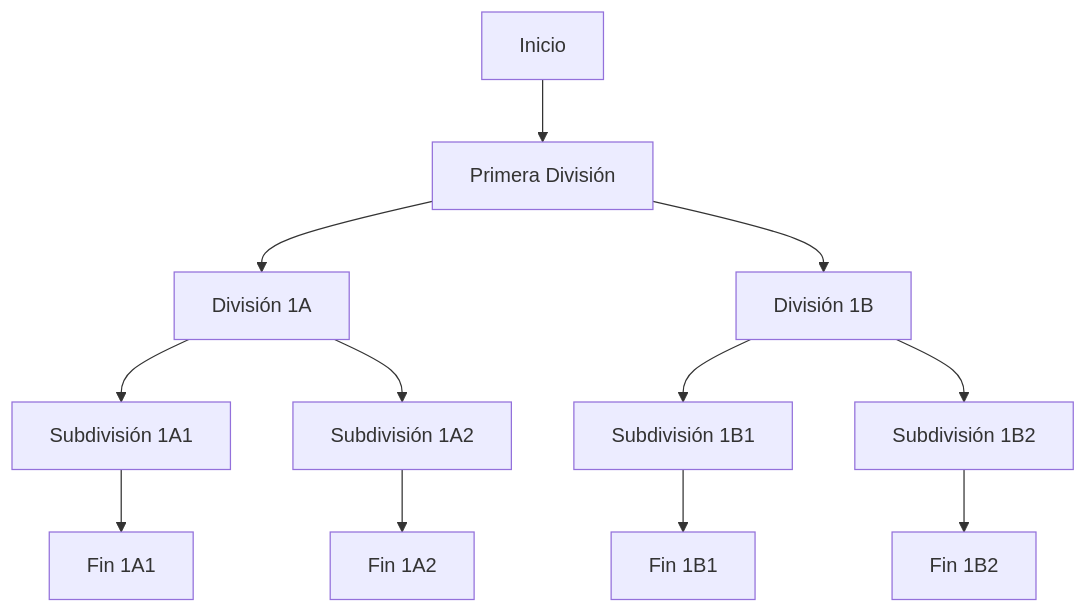
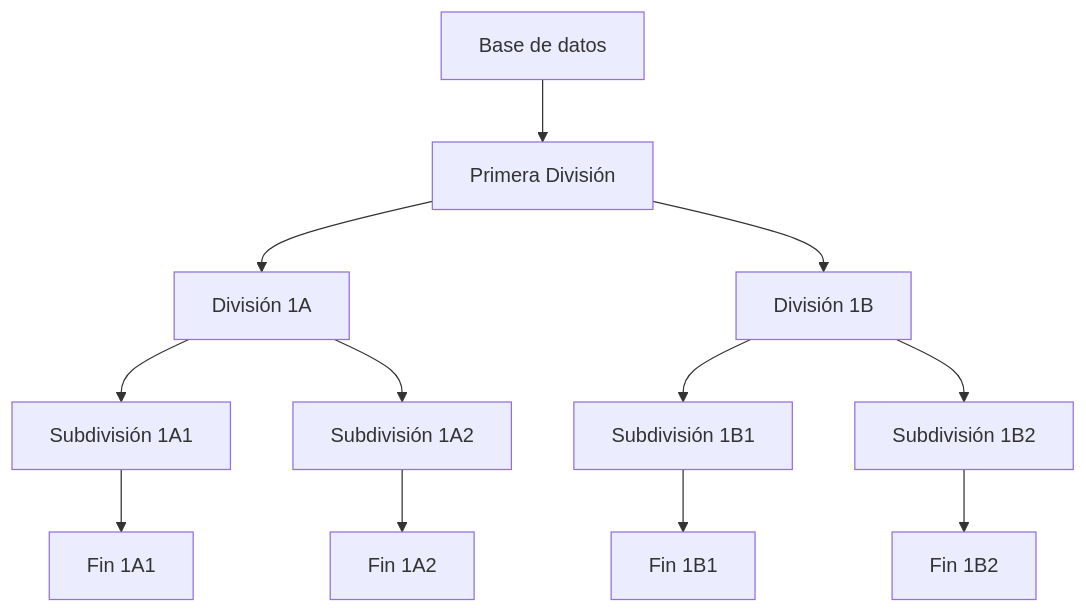
The diagram in 01_Factores_expansión.md (AlejandroPerezPortocarrero/Descriptive_analysis_ENAHO), drawn with Mermaid before and after one commit.

````diff
--- a/01_Factores_expansión.md
+++ b/01_Factores_expansión.md
@@ -67,14 +67,14 @@
 ```mermaid
 graph TD;
-    st[Inicio] --> split1[Primera División];
+    st[Base de datos] --> split1[Primera División];
     split1 --> split2a[División 1A];
     split1 --> split2b[División 1B];
     split2a --> split3a[Subdivisión 1A1];
     split2a --> split3b[Subdivisión 1A2];
     split2b --> split5a[Subdivisión 1B1];
     split2b --> split5b[Subdivisión 1B2];
     split3a --> split4a[Fin 1A1];
     split3b --> split4b[Fin 1A2];
     split5a --> split6a[Fin 1B1];
     split5b --> split6b[Fin 1B2];
 ```
````
